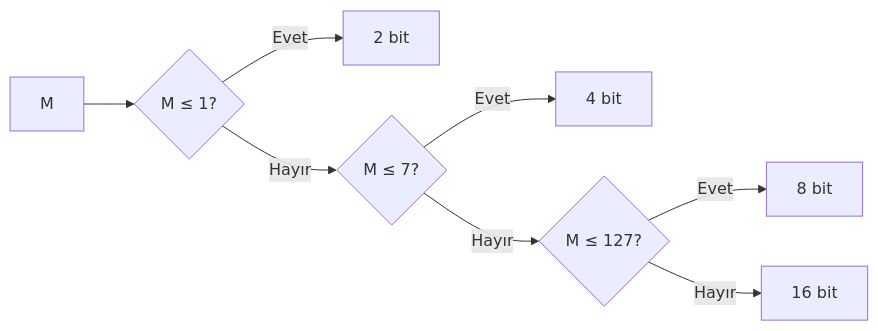
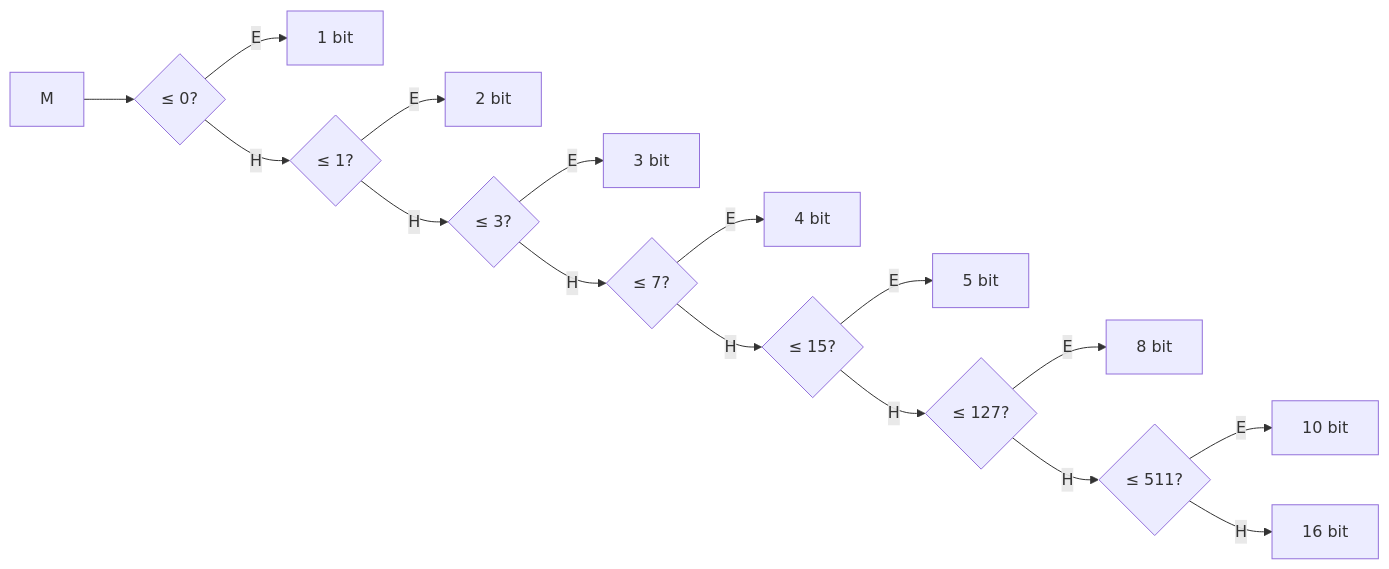
The third of 5 diagrams in belgeler/AKIS_SEMASI.md (imrankagan/elBariProject), drawn with Mermaid before and after one commit. The commit also changed other lines of this file and 9 other files, not shown here.

````diff
--- a/belgeler/AKIS_SEMASI.md
+++ b/belgeler/AKIS_SEMASI.md
@@ -140,10 +140,18 @@
 ```mermaid
 flowchart LR
-    A["M"] --> B{"M ≤ 1?"}
-    B -->|Evet| C["2 bit"]
-    B -->|Hayır| D{"M ≤ 7?"}
-    D -->|Evet| E["4 bit"]
-    D -->|Hayır| F{"M ≤ 127?"}
-    F -->|Evet| G["8 bit"]
-    F -->|Hayır| H["16 bit"]
+    A["M"] --> B{"≤ 0?"}
+    B -->|E| C["1 bit"]
+    B -->|H| D{"≤ 1?"}
+    D -->|E| E["2 bit"]
+    D -->|H| F{"≤ 3?"}
+    F -->|E| G["3 bit"]
+    F -->|H| H{"≤ 7?"}
+    H -->|E| I["4 bit"]
+    H -->|H| J{"≤ 15?"}
+    J -->|E| K["5 bit"]
+    J -->|H| L{"≤ 127?"}
+    L -->|E| M["8 bit"]
+    L -->|H| N{"≤ 511?"}
+    N -->|E| O["10 bit"]
+    N -->|H| P["16 bit"]
 ```
````
